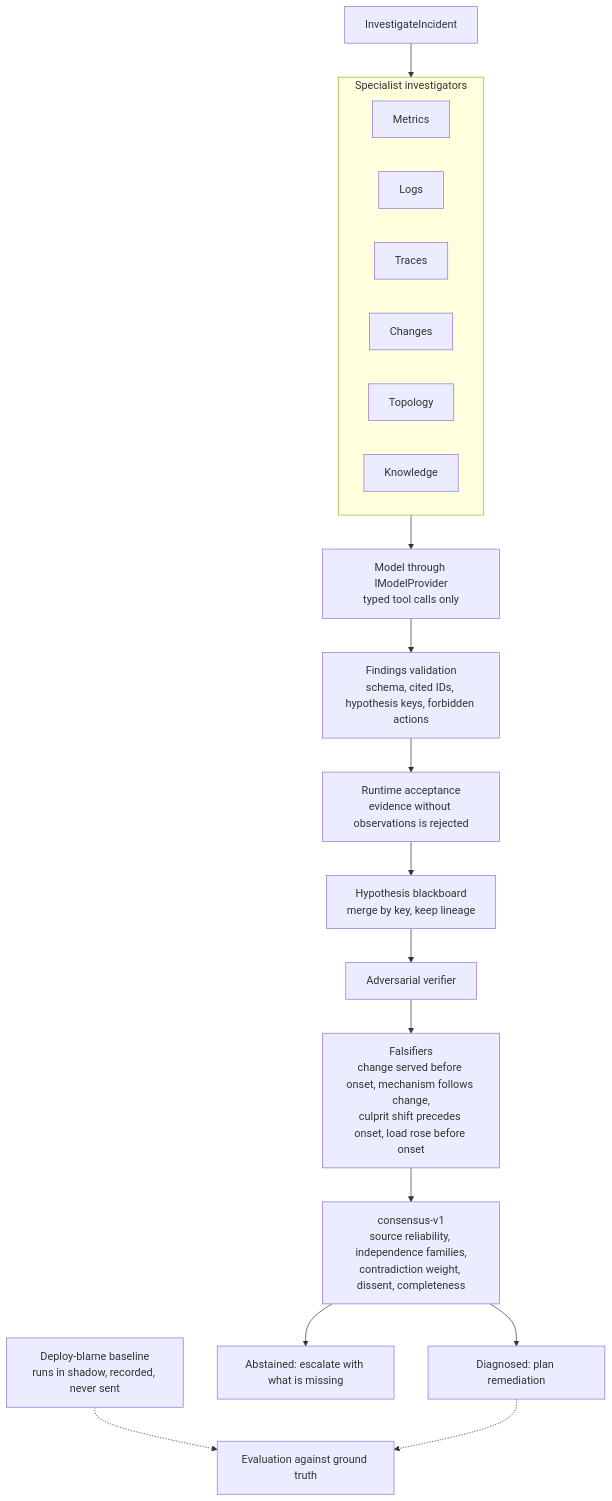
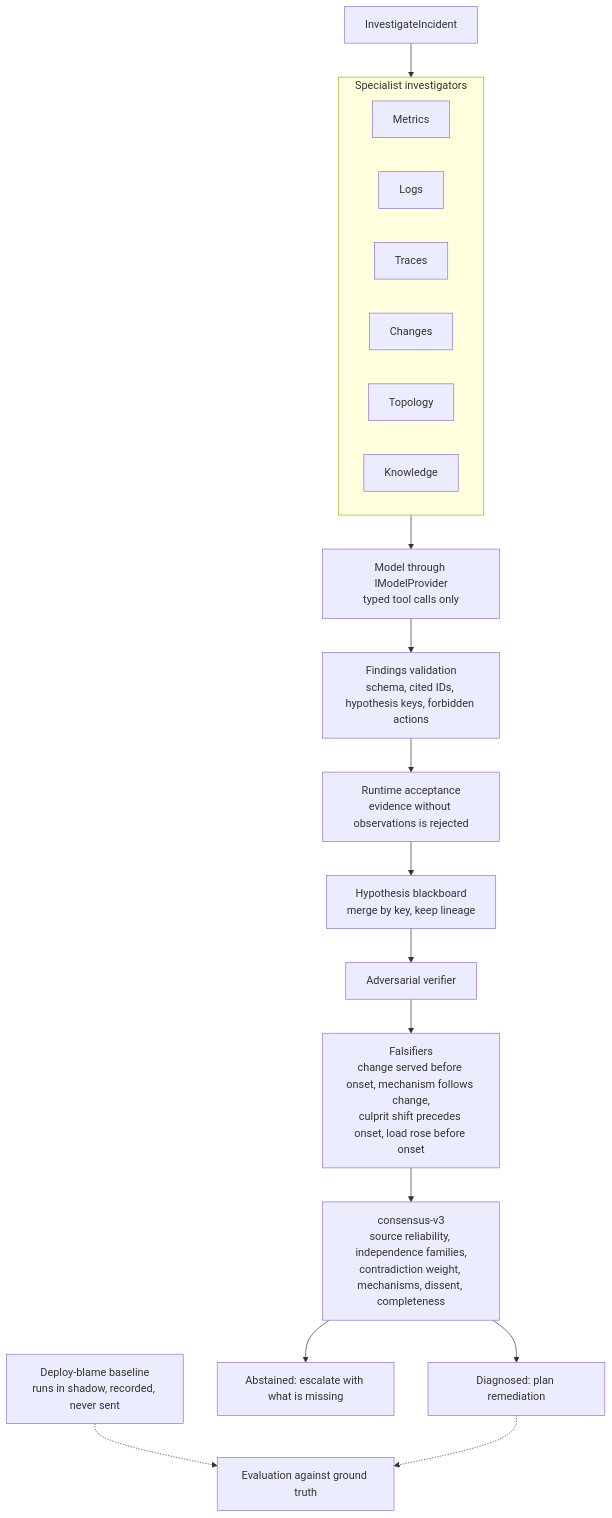
The seventh of 9 diagrams in README.md (Psingle20/Sentinel), drawn with Mermaid before and after one commit. The commit also changed other lines of this file and 4 other files, not shown here.

````diff
--- a/README.md
+++ b/README.md
@@ -296,27 +296,27 @@
 ```mermaid
 flowchart TB
     command["InvestigateIncident"] --> roles
 
     subgraph roles["Specialist investigators"]
         direction LR
         metrics["Metrics"]
         logs["Logs"]
         traces["Traces"]
         changes["Changes"]
         topology["Topology"]
         knowledge["Knowledge"]
     end
 
     roles --> model["Model through IModelProvider<br/>typed tool calls only"]
     model --> validation["Findings validation<br/>schema, cited IDs, hypothesis keys, forbidden actions"]
     validation --> accept["Runtime acceptance<br/>evidence without observations is rejected"]
     accept --> board["Hypothesis blackboard<br/>merge by key, keep lineage"]
     board --> verifier["Adversarial verifier"]
     verifier --> falsifiers["Falsifiers<br/>change served before onset, mechanism follows change,<br/>culprit shift precedes onset, load rose before onset"]
-    falsifiers --> consensus["consensus-v1<br/>source reliability, independence families,<br/>contradiction weight, dissent, completeness"]
+    falsifiers --> consensus["consensus-v3<br/>source reliability, independence families,<br/>contradiction weight, mechanisms, dissent, completeness"]
     consensus --> diagnosed["Diagnosed: plan remediation"]
     consensus --> abstained["Abstained: escalate with what is missing"]
 
     baseline["Deploy-blame baseline<br/>runs in shadow, recorded, never sent"] -.-> evaluation["Evaluation against ground truth"]
     diagnosed -.-> evaluation
 ```
````
